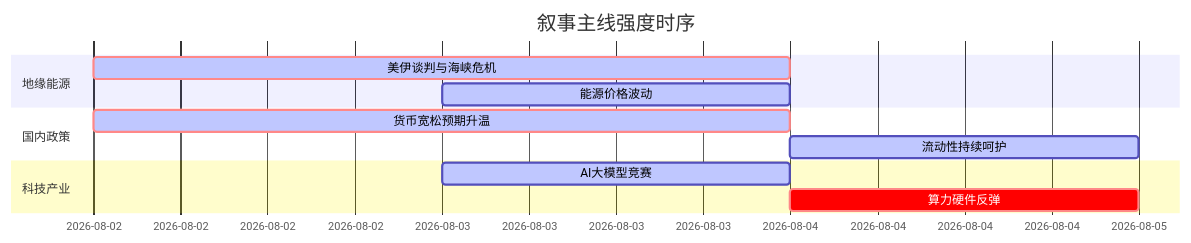
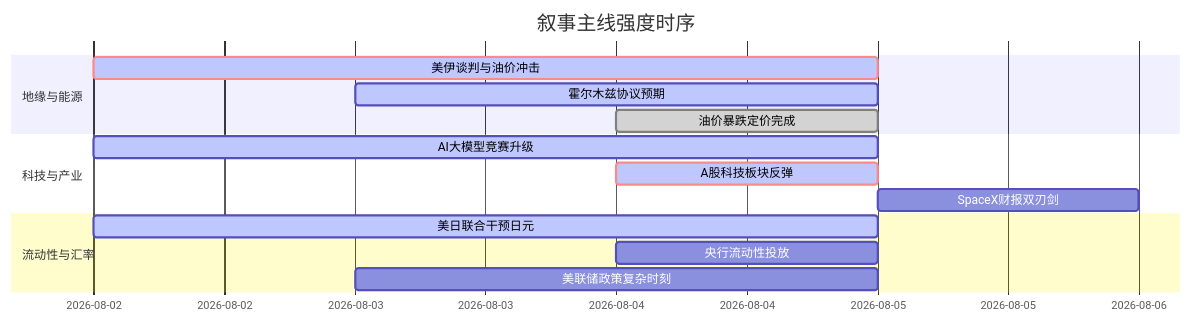
One commit to uu5zn/uu5zn.github.io changed the diagram in 5day_report.md. Above: the diagram before and after it, drawn with Mermaid. The commit also changed other lines of this file and 25 other files, not shown here.

````diff
--- a/5day_report.md
+++ b/5day_report.md
@@ -61,16 +58,19 @@
 ```mermaid
 gantt
     title 叙事主线强度时序
     dateFormat YYYY-MM-DD
-    section 地缘能源
-    美伊谈判与海峡危机   :crit, active, 2026-08-02, 2d
-    能源价格波动         :active, 2026-08-03, 1d
+    section 地缘与能源
+    美伊谈判与油价冲击   :crit, active, 2026-08-02, 3d
+    霍尔木兹协议预期     :active, 2026-08-03, 2d
+    油价暴跌定价完成     :done, 2026-08-04, 1d
     
-    section 国内政策
-    货币宽松预期升温     :crit, active, 2026-08-02, 2d
-    流动性持续呵护       :active, 2026-08-04, 1d
+    section 科技与产业
+    AI大模型竞赛升级     :active, 2026-08-02, 3d
+    A股科技板块反弹     :crit, active, 2026-08-04, 1d
+    SpaceX财报双刃剑    :2026-08-05, 1d
     
-    section 科技产业
-    AI大模型竞赛         :active, 2026-08-03, 1d
-    算力硬件反弹         :crit, 2026-08-04, 1d
+    section 流动性与汇率
+    美日联合干预日元     :active, 2026-08-02, 3d
+    央行流动性投放       :2026-08-04, 1d
+    美联储政策复杂时刻   :2026-08-03, 2d
 ```
````
